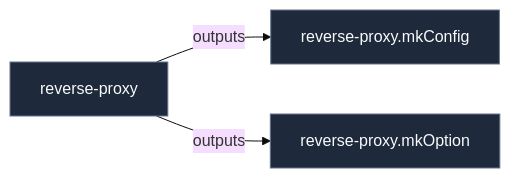
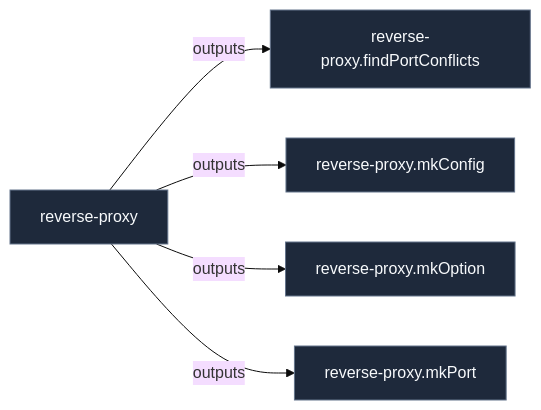
The diagram in docs/lib/reverse-proxy.md (LW-54/nixconf), drawn with Mermaid (base theme) before and after one commit. The commit also changed other lines of this file and 26 other files, not shown here.

Commit message:
feat: add deterministic reverse-proxy port provisioning and conflict detection

````diff
--- a/docs/lib/reverse-proxy.md
+++ b/docs/lib/reverse-proxy.md
@@ -13,26 +13,32 @@
 ```mermaid
 flowchart LR
-  urn__nixconf__ast__function__reverse_proxy_mkConfig["reverse-proxy.mkConfig"]:::defaultNode
+  urn__nixconf__ast__function__reverse_proxy_findPortConflicts["reverse-proxy.findPortConflicts"]:::defaultNode
+    urn__nixconf__ast__function__reverse_proxy_mkConfig["reverse-proxy.mkConfig"]:::defaultNode
     urn__nixconf__ast__function__reverse_proxy_mkOption["reverse-proxy.mkOption"]:::defaultNode
+    urn__nixconf__ast__function__reverse_proxy_mkPort["reverse-proxy.mkPort"]:::defaultNode
     urn__nixconf__onto__lib__reverse_proxy["reverse-proxy"]:::defaultNode
 
+    urn__nixconf__onto__lib__reverse_proxy -->|outputs| urn__nixconf__ast__function__reverse_proxy_findPortConflicts
     urn__nixconf__onto__lib__reverse_proxy -->|outputs| urn__nixconf__ast__function__reverse_proxy_mkConfig
     urn__nixconf__onto__lib__reverse_proxy -->|outputs| urn__nixconf__ast__function__reverse_proxy_mkOption
+    urn__nixconf__onto__lib__reverse_proxy -->|outputs| urn__nixconf__ast__function__reverse_proxy_mkPort
 
 
+    click urn__nixconf__ast__function__reverse_proxy_findPortConflicts href "reverse-proxy.md" "reverse-proxy.findPortConflicts"
     click urn__nixconf__ast__function__reverse_proxy_mkConfig href "reverse-proxy.md" "reverse-proxy.mkConfig"
     click urn__nixconf__ast__function__reverse_proxy_mkOption href "reverse-proxy.md" "reverse-proxy.mkOption"
+    click urn__nixconf__ast__function__reverse_proxy_mkPort href "reverse-proxy.md" "reverse-proxy.mkPort"
     click urn__nixconf__onto__lib__reverse_proxy href "reverse-proxy.md" "reverse-proxy"
 
   %% Semantic Visual Classes
   classDef hostNode fill:#1e293b,stroke:#38bdf8,stroke-width:2px,color:#f8fafc;
   classDef contractNode fill:#1e1b4b,stroke:#818cf8,stroke-width:2px,color:#f8fafc;
   classDef implNode fill:#0f172a,stroke:#34d399,stroke-width:2px,color:#f8fafc;
   classDef featureNode fill:#134e4a,stroke:#2dd4bf,stroke-width:2px,color:#f8fafc;
   classDef optNode fill:#422006,stroke:#facc15,stroke-width:1px,color:#fefce8;
   classDef typeNode fill:#3b0764,stroke:#c084fc,stroke-width:1px,color:#faf5ff;
   classDef pkgNode fill:#4c0519,stroke:#fb7185,stroke-width:1px,color:#fff1f2;
   classDef devShellNode fill:#451a03,stroke:#fb923c,stroke-width:1px,color:#fff7ed;
   classDef drvNode fill:#18181b,stroke:#a1a1aa,stroke-width:1px,color:#f4f4f5;
   classDef defaultNode fill:#1e293b,stroke:#64748b,stroke-width:1px,color:#f8fafc;
 ```
````
